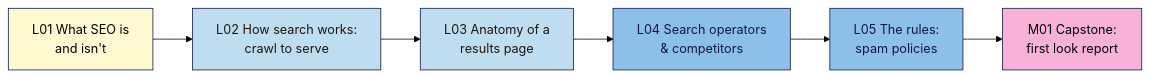
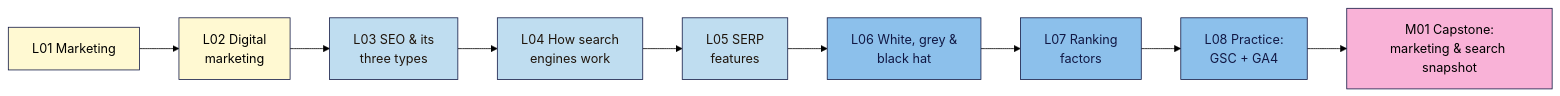
Before and after one commit to neps-in/courses-101: the diagram in seo-101/syllabus.md, drawn with Mermaid (forest theme). The commit also changed other lines of this file and 5 other files, not shown here.

````diff
--- a/seo-101/syllabus.md
+++ b/seo-101/syllabus.md
@@ -28,14 +32,17 @@
 ```mermaid
 flowchart LR
-  %% alt: M01 lesson path: what SEO is, how search works, the results page, search operators, the rules, then the first-look capstone.
-  L1[L01 What SEO is<br/>and isn't]:::cream --> L2[L02 How search works:<br/>crawl to serve]:::sky
-  L2 --> L3[L03 Anatomy of a<br/>results page]:::sky
-  L3 --> L4[L04 Search operators<br/>& competitors]:::blue
-  L4 --> L5[L05 The rules:<br/>spam policies]:::blue
-  L5 --> C[M01 Capstone:<br/>first look report]:::pink
+  %% alt: M01 lesson path: marketing, digital marketing, SEO types, how search works, SERP features, hat colours, ranking factors, tool set-up, capstone.
+  L1[L01 Marketing]:::cream --> L2[L02 Digital<br/>marketing]:::cream
+  L2 --> L3[L03 SEO & its<br/>three types]:::sky
+  L3 --> L4[L04 How search<br/>engines work]:::sky
+  L4 --> L5[L05 SERP<br/>features]:::sky
+  L5 --> L6[L06 White, grey &<br/>black hat]:::blue
+  L6 --> L7[L07 Ranking<br/>factors]:::blue
+  L7 --> L8[L08 Practice:<br/>GSC + GA4]:::blue
+  L8 --> C[M01 Capstone:<br/>marketing & search snapshot]:::pink
 
   classDef cream fill:#FFF9D2,color:#000000,stroke:#111844
   classDef sky   fill:#BFDDF0,color:#1F150C,stroke:#111844
   classDef blue  fill:#8CC0EB,color:#111844,stroke:#111844
   classDef pink  fill:#F9B2D7,color:#000000,stroke:#111844
 ```
````
